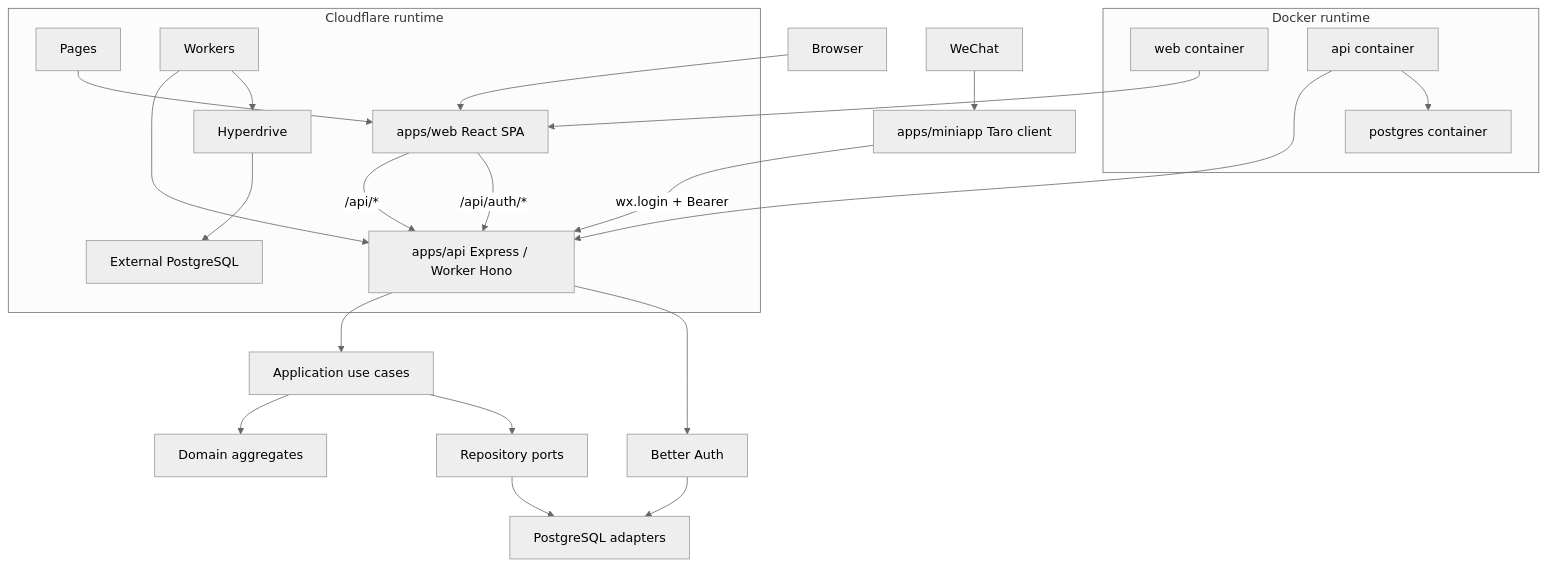
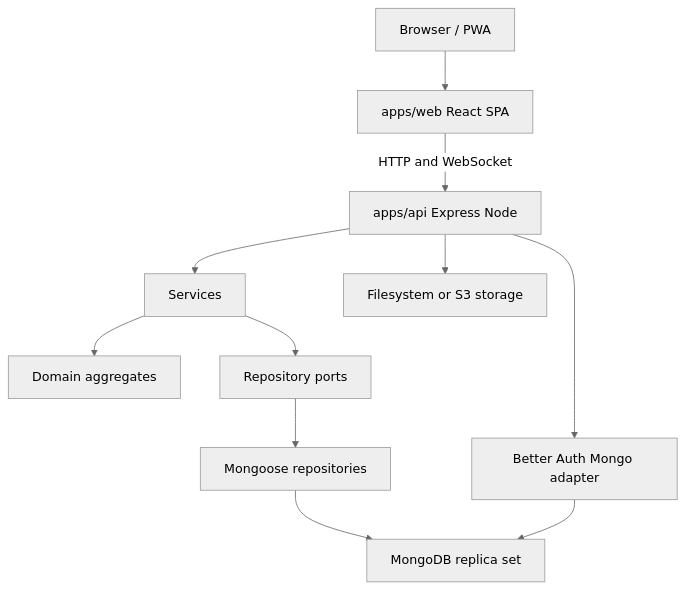
The diagram in docs/project/architecture.md (itisansh/raahi-ai), drawn with Mermaid (neutral theme) before and after one commit. The commit also changed other lines of this file and 268 other files, not shown here.

````diff
--- a/docs/project/architecture.md
+++ b/docs/project/architecture.md
@@ -9,24 +9,13 @@
 ```mermaid
 flowchart TD
-  browser[Browser] --> web[apps/web React SPA]
-  wechat[WeChat] --> miniapp[apps/miniapp Taro client]
-  web -->|"/api/*"| api[apps/api Express / Worker Hono]
-  web -->|"/api/auth/*"| api
-  miniapp -->|"wx.login + Bearer"| api
-  api --> app[Application use cases]
-  app --> domain[Domain aggregates]
-  app --> ports[Repository ports]
-  ports --> pg[PostgreSQL adapters]
-  api --> auth[Better Auth]
-  auth --> pg
-  subgraph cf [Cloudflare runtime]
-    pages[Pages] --> web
-    worker[Workers] --> api
-    worker --> hyperdrive[Hyperdrive] --> extpg[External PostgreSQL]
-  end
-  subgraph dk [Docker runtime]
-    webc[web container] --> web
-    apic[api container] --> api
-    apic --> pgc[postgres container]
-  end
+  browser[Browser / PWA] --> web[apps/web React SPA]
+  web -->|HTTP and WebSocket| api[apps/api Express Node]
+  api --> services[Services]
+  services --> domain[Domain aggregates]
+  services --> ports[Repository ports]
+  ports --> mongoose[Mongoose repositories]
+  mongoose --> mongo[MongoDB replica set]
+  api --> auth[Better Auth Mongo adapter]
+  auth --> mongo
+  api --> storage[Filesystem or S3 storage]
 ```
````
